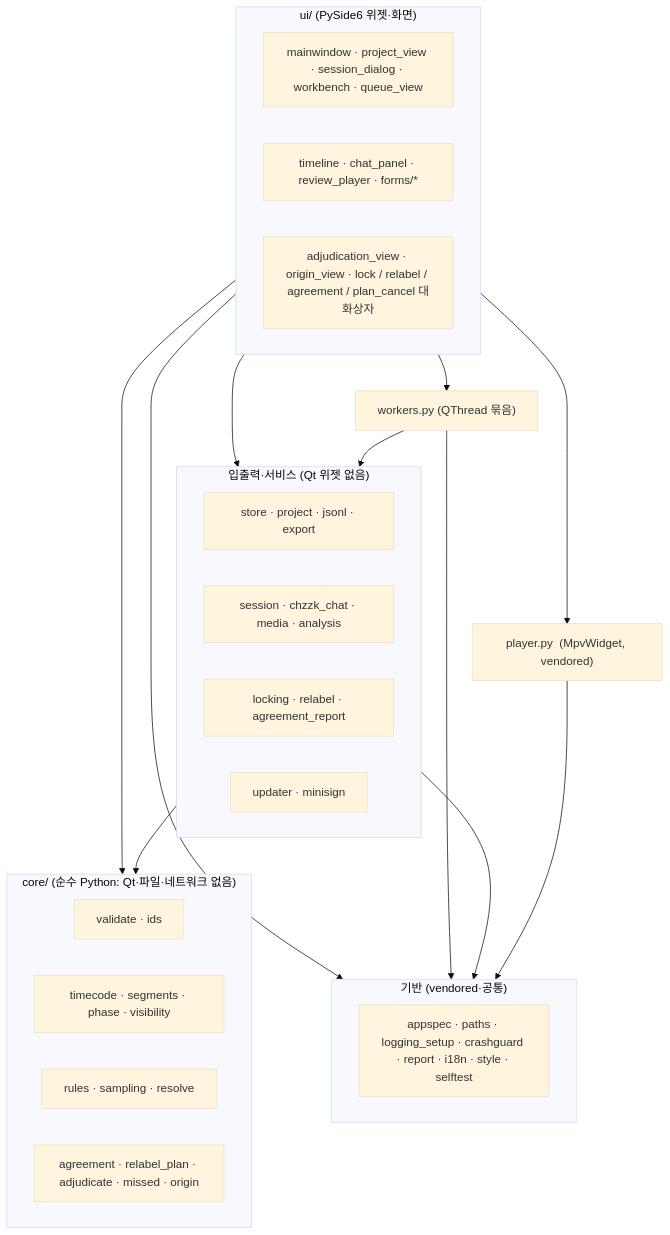
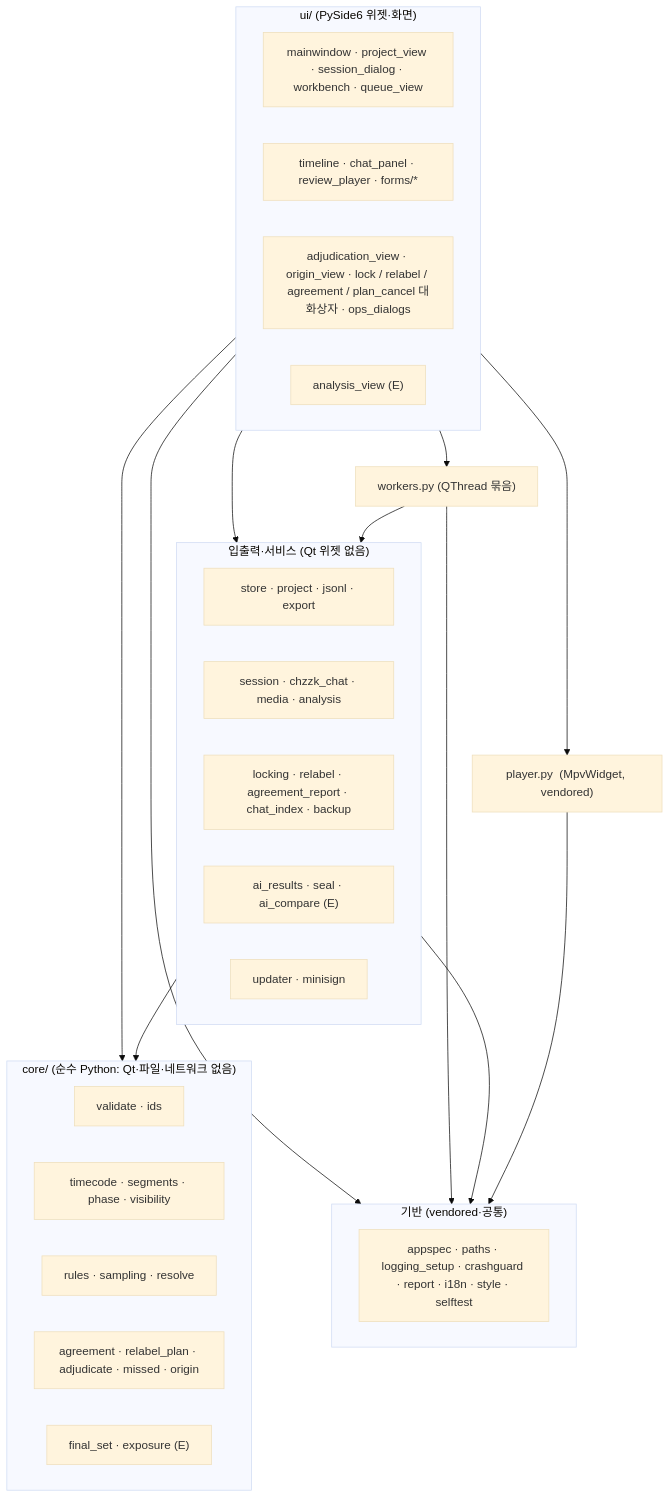
The first of 4 diagrams in docs/design/02-architecture.md (vtubeadmirer/chatcoach), drawn with Mermaid (base theme) before and after one commit. The commit also changed other lines of this file and 35 other files, not shown here.

````diff
--- a/docs/design/02-architecture.md
+++ b/docs/design/02-architecture.md
@@ -122,35 +122,38 @@
 ```mermaid
 flowchart TB
   subgraph UI["ui/  (PySide6 위젯·화면)"]
     UI1["mainwindow · project_view · session_dialog · workbench · queue_view"]
     UI2["timeline · chat_panel · review_player · forms/*"]
-    UI3["adjudication_view · origin_view · lock / relabel / agreement / plan_cancel 대화상자"]
+    UI3["adjudication_view · origin_view · lock / relabel / agreement / plan_cancel 대화상자 · ops_dialogs"]
+    UI4["analysis_view (E)"]
   end
   PL["player.py  (MpvWidget, vendored)"]
   WK["workers.py  (QThread 묶음)"]
   subgraph IO["입출력·서비스  (Qt 위젯 없음)"]
     IO1["store · project · jsonl · export"]
     IO2["session · chzzk_chat · media · analysis"]
-    IO4["locking · relabel · agreement_report"]
+    IO4["locking · relabel · agreement_report · chat_index · backup"]
+    IO5["ai_results · seal · ai_compare (E)"]
     IO3["updater · minisign"]
   end
   subgraph CORE["core/  (순수 Python: Qt·파일·네트워크 없음)"]
     C1["validate · ids"]
     C2["timecode · segments · phase · visibility"]
     C3["rules · sampling · resolve"]
     C4["agreement · relabel_plan · adjudicate · missed · origin"]
+    C5["final_set · exposure (E)"]
   end
   subgraph INF["기반  (vendored·공통)"]
     INF1["appspec · paths · logging_setup · crashguard · report · i18n · style · selftest"]
   end
   UI --> WK
   UI --> IO
   UI --> CORE
   UI --> PL
   WK --> IO
   IO --> CORE
   UI --> INF
   WK --> INF
   IO --> INF
   PL --> INF
 ```
````
